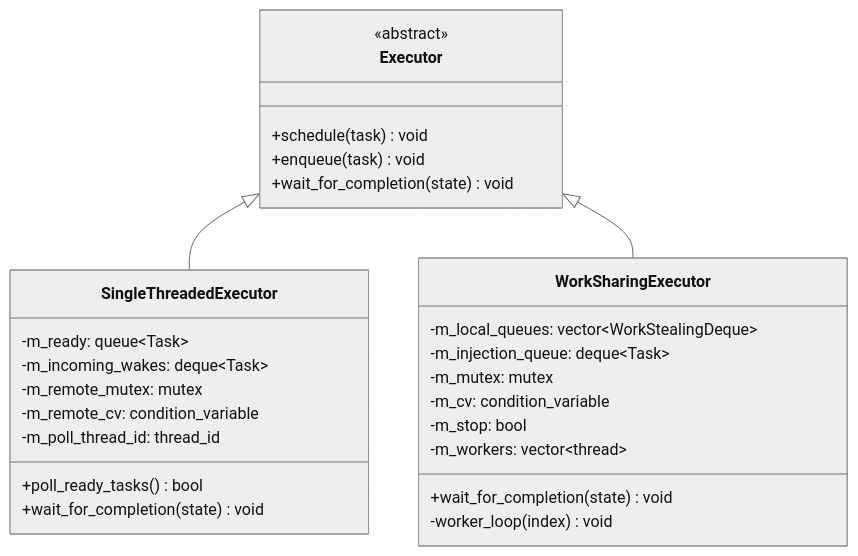
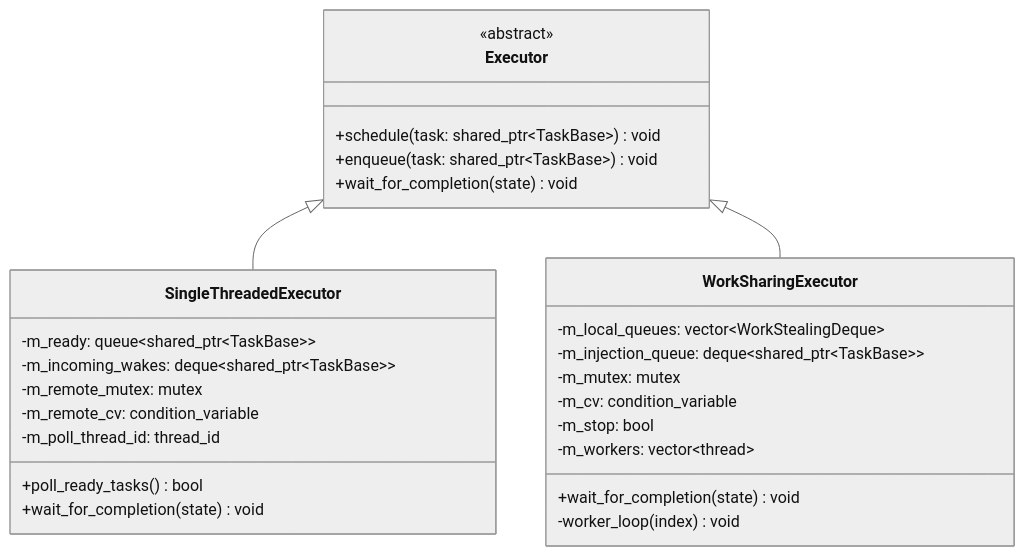
The second of 3 diagrams in doc/executor_design.md (bts164/coro), drawn with Mermaid (neutral theme) before and after one commit. The commit also changed other lines of this file and 24 other files, not shown here.

````diff
--- a/doc/executor_design.md
+++ b/doc/executor_design.md
@@ -404,30 +413,30 @@
 ```mermaid
 classDiagram
     class Executor {
         <<abstract>>
-        +schedule(task) void
-        +enqueue(task) void
+        +schedule(task: shared_ptr~TaskBase~) void
+        +enqueue(task: shared_ptr~TaskBase~) void
         +wait_for_completion(state) void
     }
     class SingleThreadedExecutor {
-        -m_ready: queue~Task~
-        -m_incoming_wakes: deque~Task~
+        -m_ready: queue~shared_ptr~TaskBase~~
+        -m_incoming_wakes: deque~shared_ptr~TaskBase~~
         -m_remote_mutex: mutex
         -m_remote_cv: condition_variable
         -m_poll_thread_id: thread_id
         +poll_ready_tasks() bool
         +wait_for_completion(state) void
     }
     class WorkSharingExecutor {
         -m_local_queues: vector~WorkStealingDeque~
-        -m_injection_queue: deque~Task~
+        -m_injection_queue: deque~shared_ptr~TaskBase~~
         -m_mutex: mutex
         -m_cv: condition_variable
         -m_stop: bool
         -m_workers: vector~thread~
         +wait_for_completion(state) void
         -worker_loop(index) void
     }
     Executor <|-- SingleThreadedExecutor
     Executor <|-- WorkSharingExecutor
 ```
````
